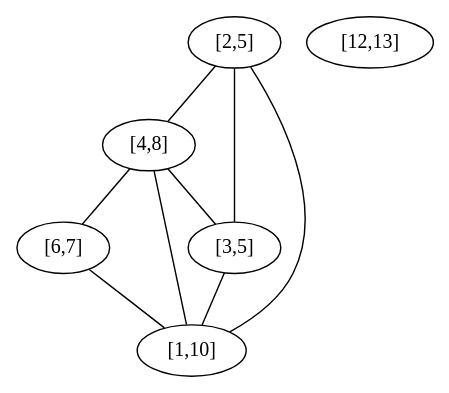
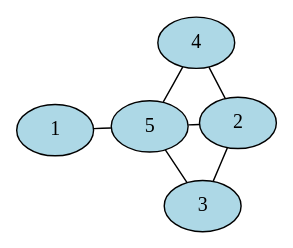
Before and after one commit to atotgerman/DUE_Fscharp: the diagram in intervallumgraf.dot, drawn with Graphviz. The commit also changed 2 other files, not shown here.

```diff
--- a/intervallumgraf.dot
+++ b/intervallumgraf.dot
@@ -1,16 +1,16 @@
 graph G {
-  1 [label="[2,5]"];
-  2 [label="[4,8]"];
-  3 [label="[6,7]"];
-  4 [label="[3,5]"];
-  5 [label="[1,10]"];
-  6 [label="[12,13]"];
-  1 -- 2;
-  1 -- 4;
+  layout=neato;
+  overlap=false;
+  splines=true;
+  1 [label="1", style=filled, fillcolor=lightblue, tooltip="[2,3]"];
+  2 [label="2", style=filled, fillcolor=lightblue, tooltip="[4,8]"];
+  3 [label="3", style=filled, fillcolor=lightblue, tooltip="[5,7]"];
+  4 [label="4", style=filled, fillcolor=lightblue, tooltip="[8,9]"];
+  5 [label="5", style=filled, fillcolor=lightblue, tooltip="[1,10]"];
   1 -- 5;
   2 -- 3;
   2 -- 4;
   2 -- 5;
   3 -- 5;
   4 -- 5;
 }
```
